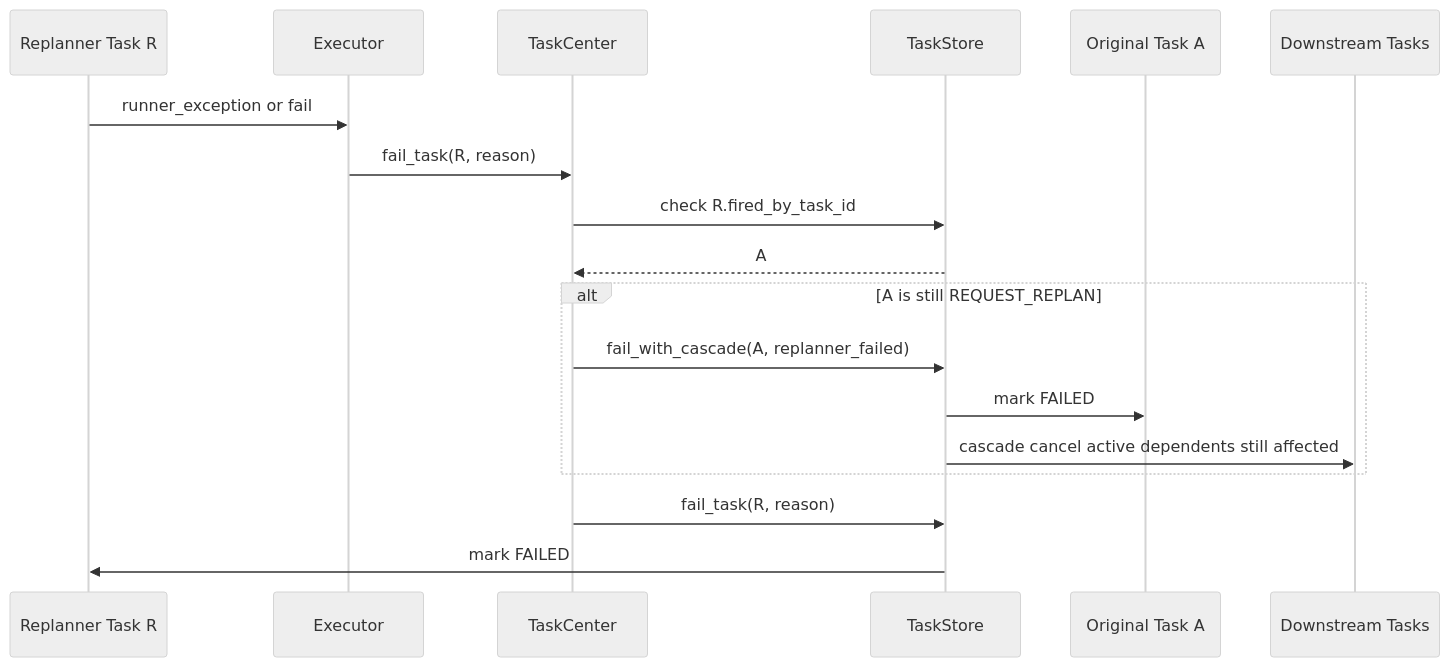
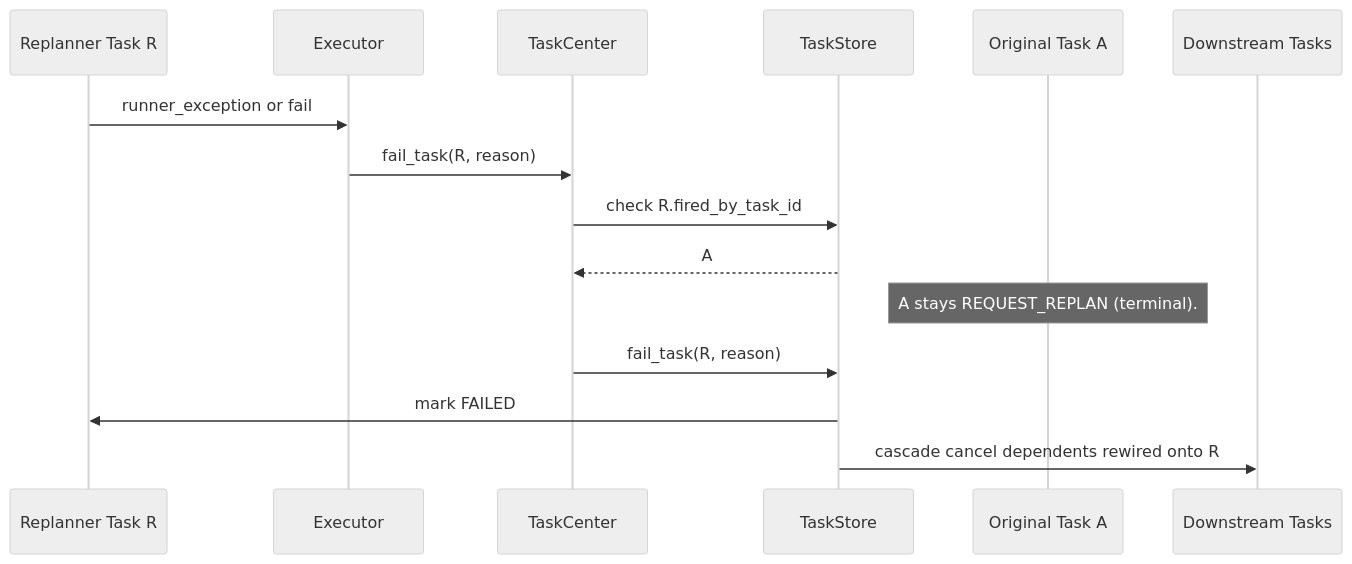
The seventh of 7 diagrams in docs/architecture/replan-workflow-sequence-diagrams.md (Ephemeral-AI-Lab/ephemeral-os), drawn with Mermaid (neutral theme) before and after one commit. The commit also changed other lines of this file and 35 other files, not shown here.

First line of the commit message:
Nudge on terminal-tool miss; mark REQUEST_REPLAN terminal

````diff
--- a/docs/architecture/replan-workflow-sequence-diagrams.md
+++ b/docs/architecture/replan-workflow-sequence-diagrams.md
@@ -307,24 +303,20 @@
 ```mermaid
 sequenceDiagram
     participant R as Replanner Task R
     participant Ex as Executor
     participant TC as TaskCenter
     participant TS as TaskStore
     participant A as Original Task A
     participant D as Downstream Tasks
 
     R->>Ex: runner_exception or fail
     Ex->>TC: fail_task(R, reason)
 
     TC->>TS: check R.fired_by_task_id
     TS-->>TC: A
 
-    alt A is still REQUEST_REPLAN
-        TC->>TS: fail_with_cascade(A, replanner_failed)
-        TS->>A: mark FAILED
-        TS->>D: cascade cancel active dependents still affected
-    end
-
+    Note over A: A stays REQUEST_REPLAN (terminal).
     TC->>TS: fail_task(R, reason)
     TS->>R: mark FAILED
+    TS->>D: cascade cancel dependents rewired onto R
 ```
````
